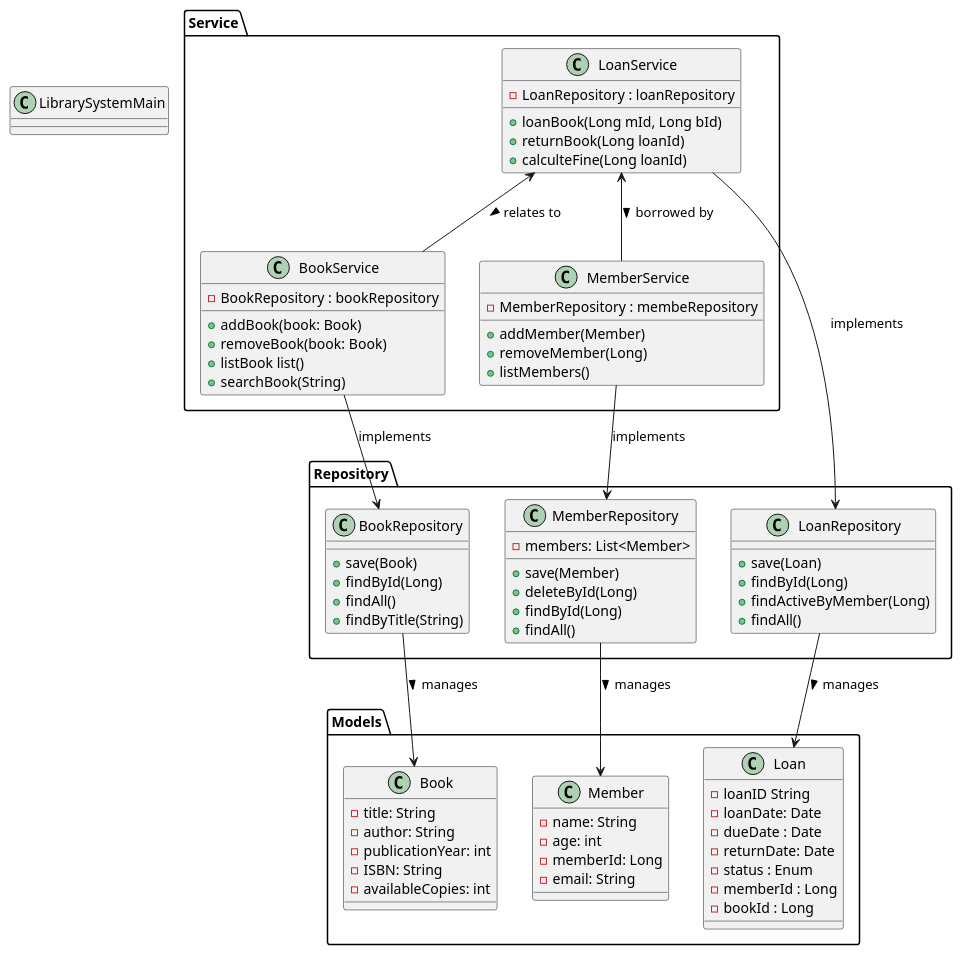
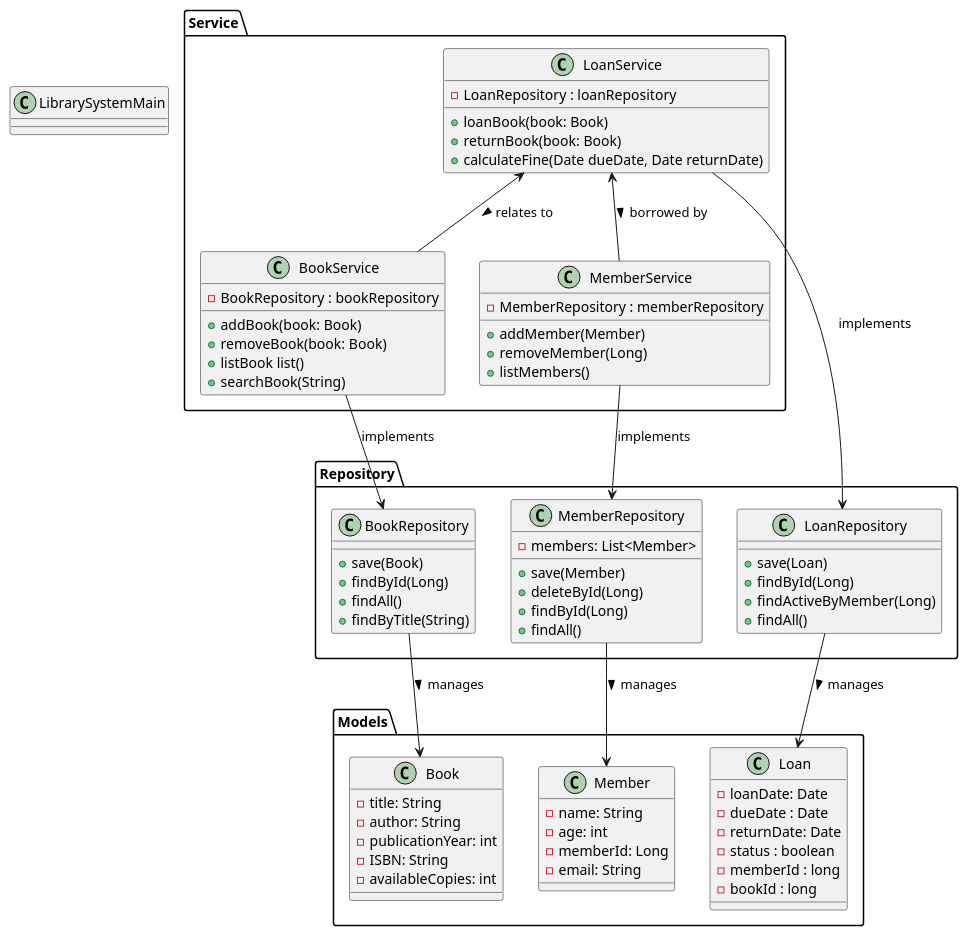
Before and after one commit to BramLab/IntecPunt: the diagram in src/uml/IntecPuntClassDiagram.puml, drawn with PlantUML. The commit also changed 3 other files, not shown here.

```diff
--- a/src/uml/IntecPuntClassDiagram.puml
+++ b/src/uml/IntecPuntClassDiagram.puml
@@ -1,92 +1,91 @@
 @startuml
 Package "Models" {
 class Book {
   - title: String
   - author: String
   - publicationYear: int
   - ISBN: String
   - availableCopies: int
 }
 
 class Member {
   - name: String
   - age: int
   - memberId: Long
   - email: String
 }
 
 class Loan {
-  - loanID String
   - loanDate: Date
   - dueDate : Date
   - returnDate: Date
-  - status : Enum
-  - memberId : Long
-  - bookId : Long
+  - status : boolean
+  - memberId : long
+  - bookId : long
   }
 }
 
 Package "Service" {
 
 class MemberService {
-  - MemberRepository : membeRepository
+  - MemberRepository : memberRepository
   + addMember(Member)
   + removeMember(Long)
   + listMembers()
 
   }
 class BookService {
   - BookRepository : bookRepository
   + addBook(book: Book)
   + removeBook(book: Book)
   + listBook list()
   + searchBook(String)
   }
 class LoanService {
   - LoanRepository : loanRepository
-  + loanBook(Long mId, Long bId)
-  + returnBook(Long loanId)
-  +calculteFine(Long loanId)
+  + loanBook(book: Book)
+  + returnBook(book: Book)
+  + calculateFine(Date dueDate, Date returnDate)
   }
 }
 
 Package "Repository" {
 class LoanRepository {
   + save(Loan)
   + findById(Long)
   + findActiveByMember(Long)
   + findAll()
 
   }
 class BookRepository {
  + save(Book)
  + findById(Long)
  + findAll()
  + findByTitle(String)
 }
 class MemberRepository {
 - members: List<Member>
   + save(Member)
   + deleteById(Long)
   + findById(Long)
   + findAll()
 
 }
 }
 
 class LibrarySystemMain {
 
 }
 
 BookService --> BookRepository : implements
 MemberService --> MemberRepository : implements
 LoanService --> LoanRepository : implements
 BookRepository --> Book : manages >
 MemberRepository --> Member : manages >
 LoanRepository --> Loan : manages >
 LoanService <-- BookService : relates to >
 LoanService <-- MemberService : borrowed by >
 
 
 
 @enduml
```
